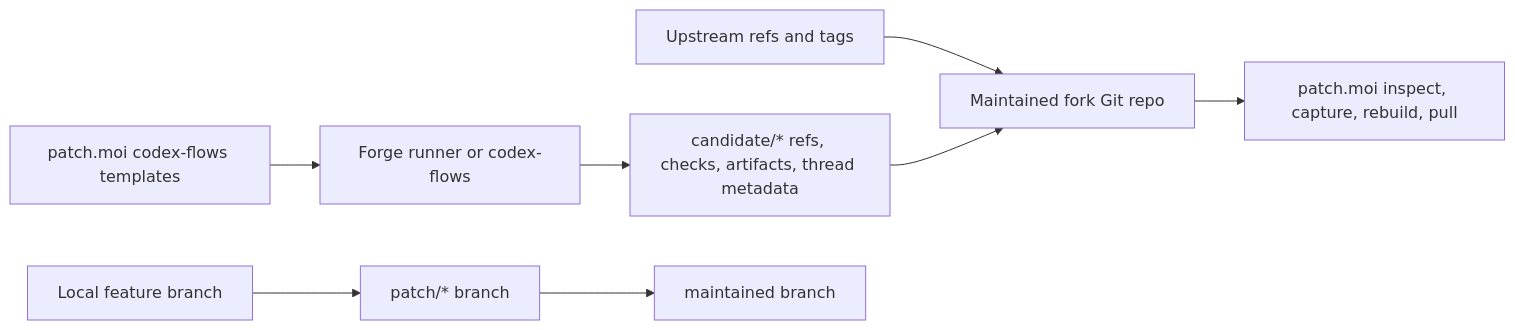
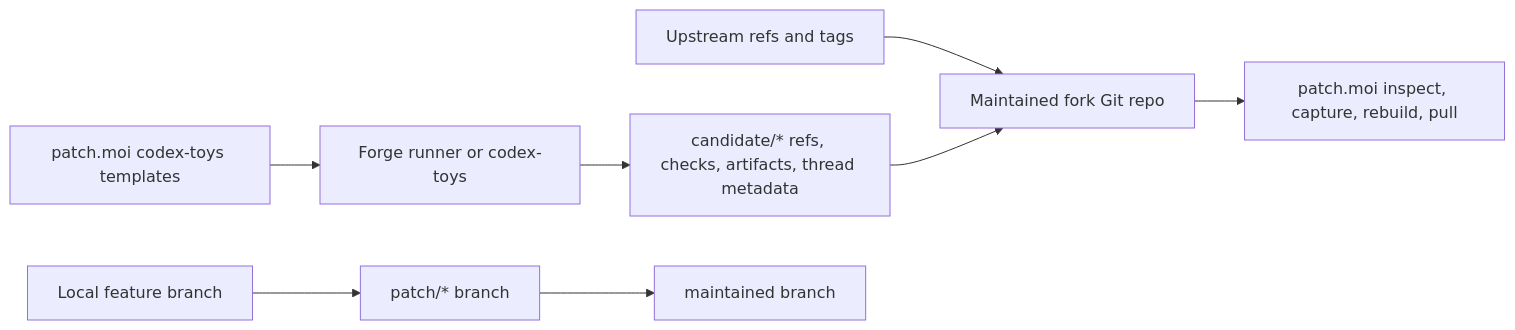
The diagram in docs/pages/index.md (peezy-tech/patch.moi), drawn with Mermaid before and after one commit. The commit also changed other lines of this file and 32 other files, not shown here.

Commit message:
Rename patch.moi templates to codex-toys

````diff
--- a/docs/pages/index.md
+++ b/docs/pages/index.md
@@ -21,10 +21,10 @@
 ```mermaid
 flowchart LR
   Upstream["Upstream refs and tags"] --> Git["Maintained fork Git repo"]
   Feature["Local feature branch"] --> Patch["patch/* branch"]
-  Runner["Forge runner or codex-flows"] --> Candidate["candidate/* refs, checks, artifacts, thread metadata"]
-  Templates["patch.moi codex-flows templates"] --> Runner
+  Runner["Forge runner or codex-toys"] --> Candidate["candidate/* refs, checks, artifacts, thread metadata"]
+  Templates["patch.moi codex-toys templates"] --> Runner
   Patch --> Main["maintained branch"]
   Candidate --> Git
   Git --> Inspect["patch.moi inspect, capture, rebuild, pull"]
 ```
````
